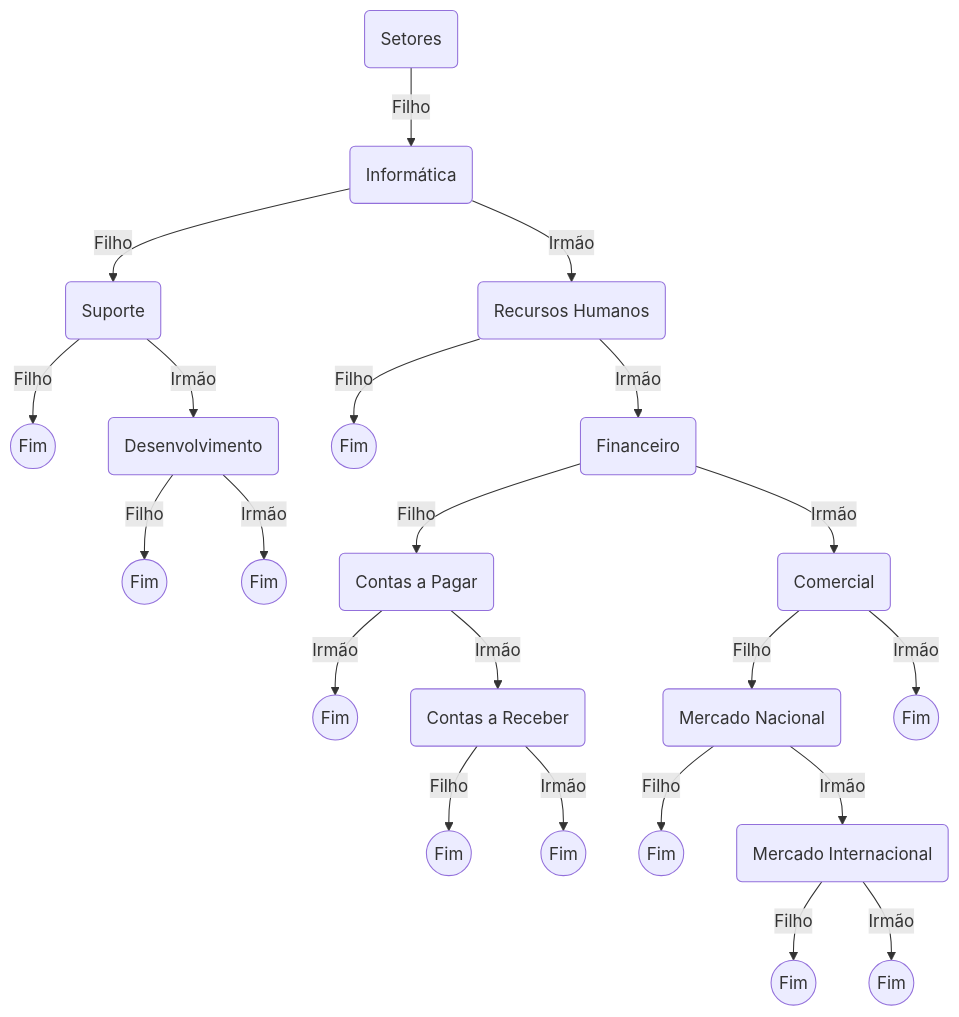
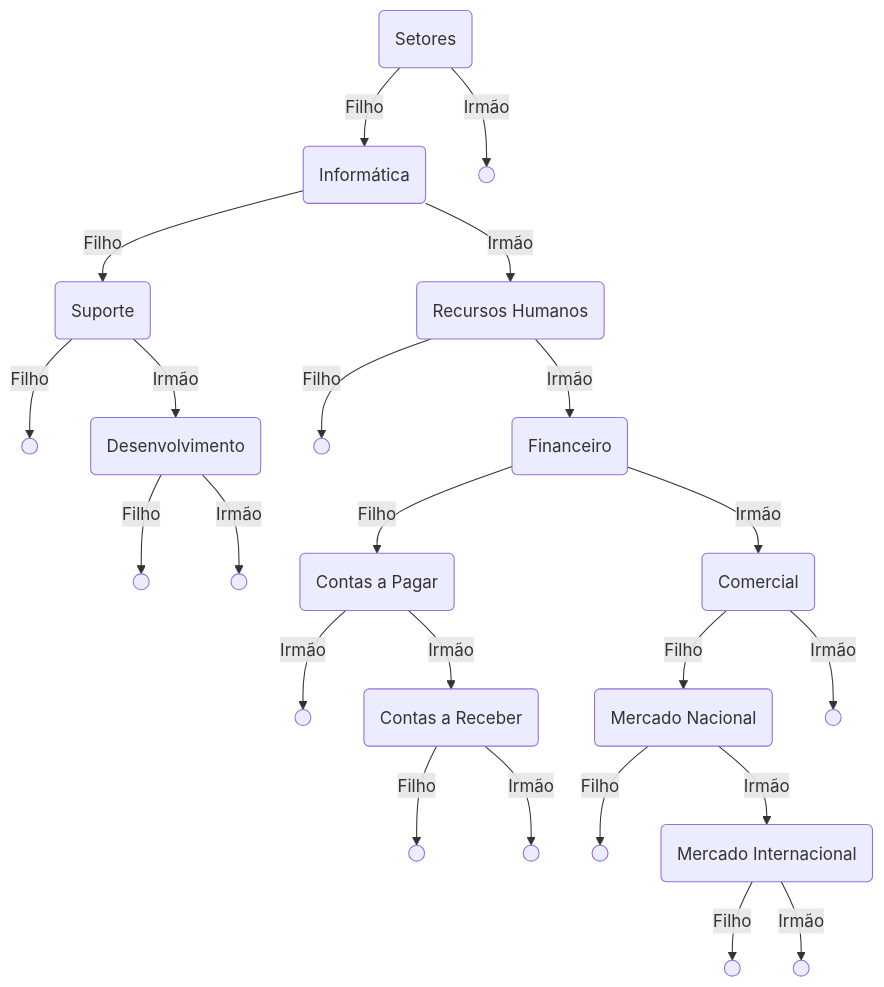
Before and after one commit to Assaoka/UNIFESP--Algoritmos_e_Estruturas_de_Dados_I: the second of 6 diagrams in Aulas/[ 15 ] Árvores Genéricas/README.md, drawn with Mermaid. The commit also changed other lines of this file, not shown here.

```diff
--- a/Aulas/[ 15 ] Árvores Genéricas/README.md
+++ b/Aulas/[ 15 ] Árvores Genéricas/README.md
@@ -44,26 +43,27 @@
 ~~~mermaid
 graph TD;
     s(Setores);
         s-- Filho -->A(Informática);
             A-- Filho -->a1(Suporte);
-            a1-- Filho -->i1((Fim));
+            a1-- Filho -->i1(( ));
             a1-- Irmão -->a2(Desenvolvimento);
-                a2-- Filho -->i2((Fim));
-                a2-- Irmão -->i3((Fim));
+                a2-- Filho -->i2(( ));
+                a2-- Irmão -->i3(( ));
 
             A-- Irmão -->B(Recursos Humanos);
-                B-- Filho -->i4((Fim));
+                B-- Filho -->i4(( ));
                 B-- Irmão -->C(Financeiro);
                     C-- Filho -->c1(Contas a Pagar);
-                        c1-- Irmão -->i5((Fim));
+                        c1-- Irmão -->i5(( ));
                         c1-- Irmão -->c2(Contas a Receber);
-                            c2-- Filho -->i6((Fim));
-                            c2-- Irmão -->i7((Fim));
+                            c2-- Filho -->i6(( ));
+                            c2-- Irmão -->i7(( ));
                     C-- Irmão -->D(Comercial);
                         D-- Filho -->d1(Mercado Nacional);
-                            d1-- Filho -->i8((Fim));
+                            d1-- Filho -->i8(( ));
                             d1-- Irmão -->d2(Mercado Internacional);
-                                d2-- Filho -->i9((Fim));
-                                d2-- Irmão -->i10((Fim));
-                        D-- Irmão -->i11((Fim));
+                                d2-- Filho -->i9(( ));
+                                d2-- Irmão -->i10(( ));
+                        D-- Irmão -->i11(( ));
+    s-- Irmão -->i12(( ));
 ~~~
```
